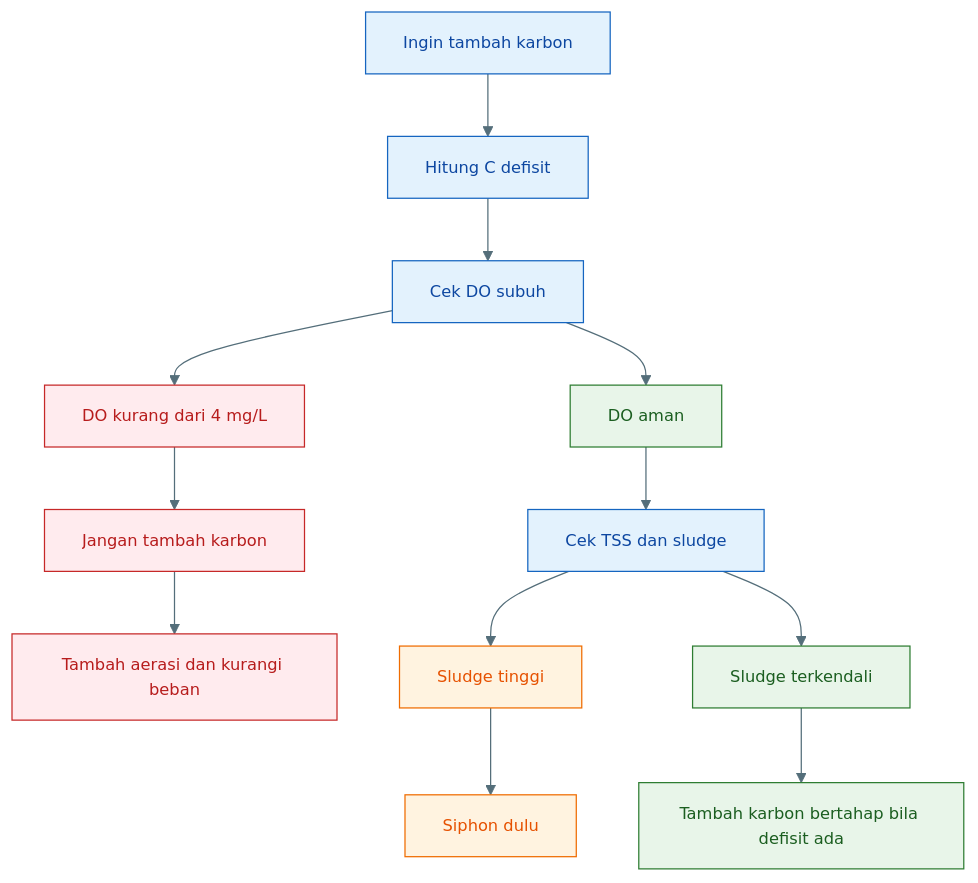
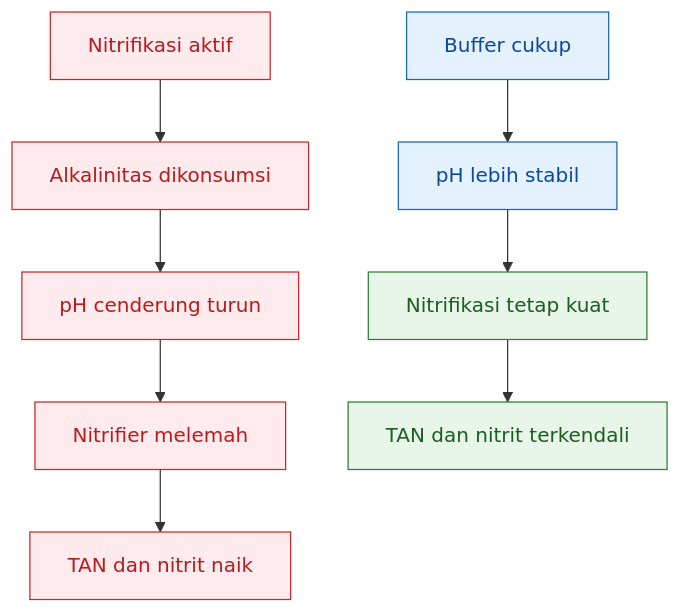
One commit to slametsampon/kawruhnology changed diagram 17 of 22 in content/blog/agri/perikanan/ratio-cn-rendah-biflok.mdx. Above: the diagram before and after it, drawn with Mermaid. The commit also changed other lines of this file, not shown here.

````diff
--- a/content/blog/agri/perikanan/ratio-cn-rendah-biflok.mdx
+++ b/content/blog/agri/perikanan/ratio-cn-rendah-biflok.mdx
@@ -3497,40 +2197,19 @@
-```mermaid id="sop-karbon-oksigen"
-%%{init: {'theme':'base','themeVariables':{
-'primaryColor':'#E3F2FD',
-'primaryTextColor':'#0D47A1',
-'primaryBorderColor':'#1565C0',
-'secondaryColor':'#E8F5E9',
-'secondaryTextColor':'#1B5E20',
-'secondaryBorderColor':'#2E7D32',
-'tertiaryColor':'#FFF3E0',
-'tertiaryTextColor':'#E65100',
-'tertiaryBorderColor':'#EF6C00',
-'lineColor':'#546E7A',
-'fontSize':'13px'
-}}}%%
+```mermaid id="rfxclz"
 flowchart TD
-    A["Ingin tambah karbon"] --> B["Hitung C defisit"]
-    B --> C["Cek DO subuh"]
-    C --> D["DO kurang dari 4 mg/L"]
-    C --> E["DO aman"]
+    A["Nitrifikasi aktif"] --> B["Alkalinitas dikonsumsi"]
+    B --> C["pH cenderung turun"]
+    C --> D["Nitrifier melemah"]
+    D --> E["TAN dan nitrit naik"]
 
-    D --> F["Jangan tambah karbon"]
-    F --> G["Tambah aerasi dan kurangi beban"]
+    F["Buffer cukup"] --> G["pH lebih stabil"]
+    G --> H["Nitrifikasi tetap kuat"]
+    H --> I["TAN dan nitrit terkendali"]
 
-    E --> H["Cek TSS dan sludge"]
-    H --> I["Sludge tinggi"]
-    H --> J["Sludge terkendali"]
+    classDef risk fill:#ffebee,stroke:#c62828,color:#b71c1c;
+    classDef buffer fill:#e3f2fd,stroke:#1565c0,color:#0d47a1;
+    classDef stable fill:#e8f5e9,stroke:#2e7d32,color:#1b5e20;
 
-    I --> K["Siphon dulu"]
-    J --> L["Tambah karbon bertahap bila defisit ada"]
-
-    classDef input fill:#E3F2FD,stroke:#1565C0,color:#0D47A1;
-    classDef aman fill:#E8F5E9,stroke:#2E7D32,color:#1B5E20;
-    classDef risiko fill:#FFF3E0,stroke:#EF6C00,color:#E65100;
-    classDef bahaya fill:#FFEBEE,stroke:#C62828,color:#B71C1C;
-
-    class A,B,C,H input;
-    class E,J,L aman;
-    class I,K risiko;
-    class D,F,G bahaya;
+    class A,B,C,D,E risk;
+    class F,G buffer;
+    class H,I stable;
 ```
````
